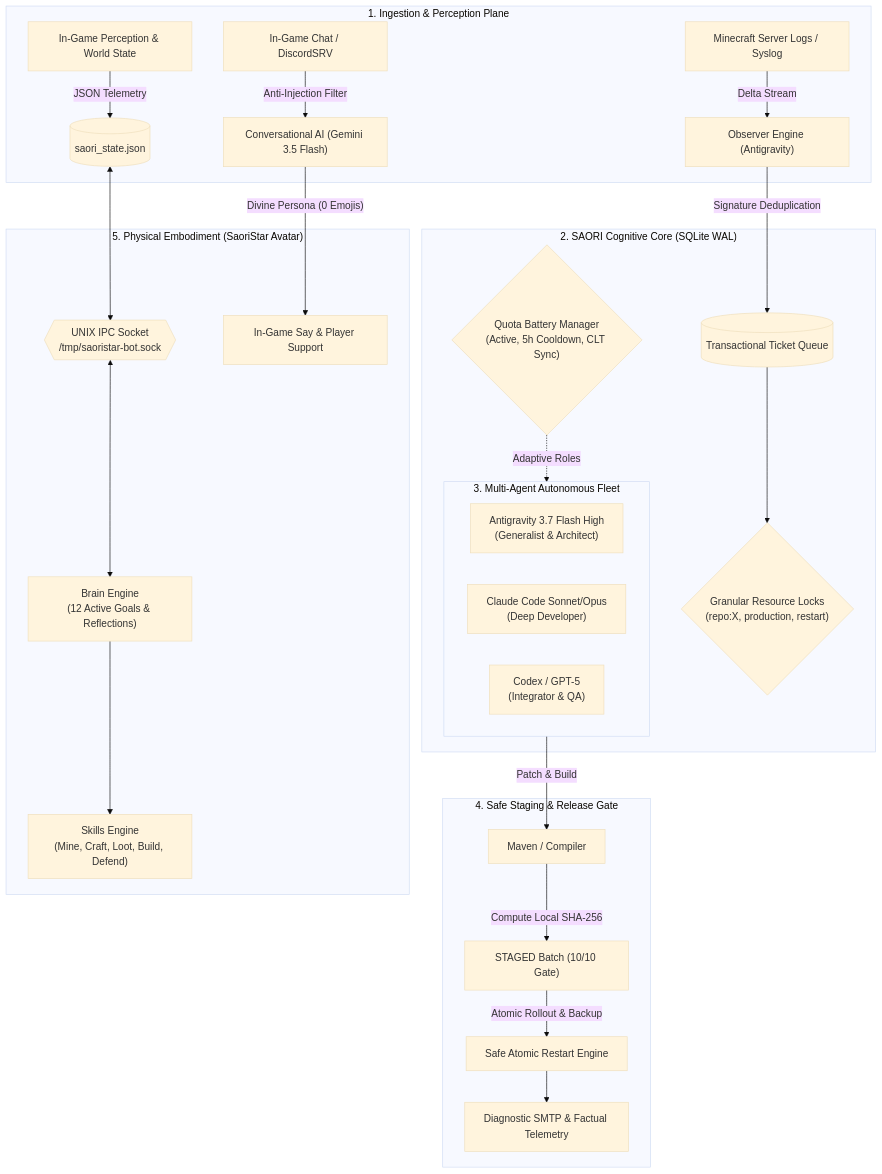
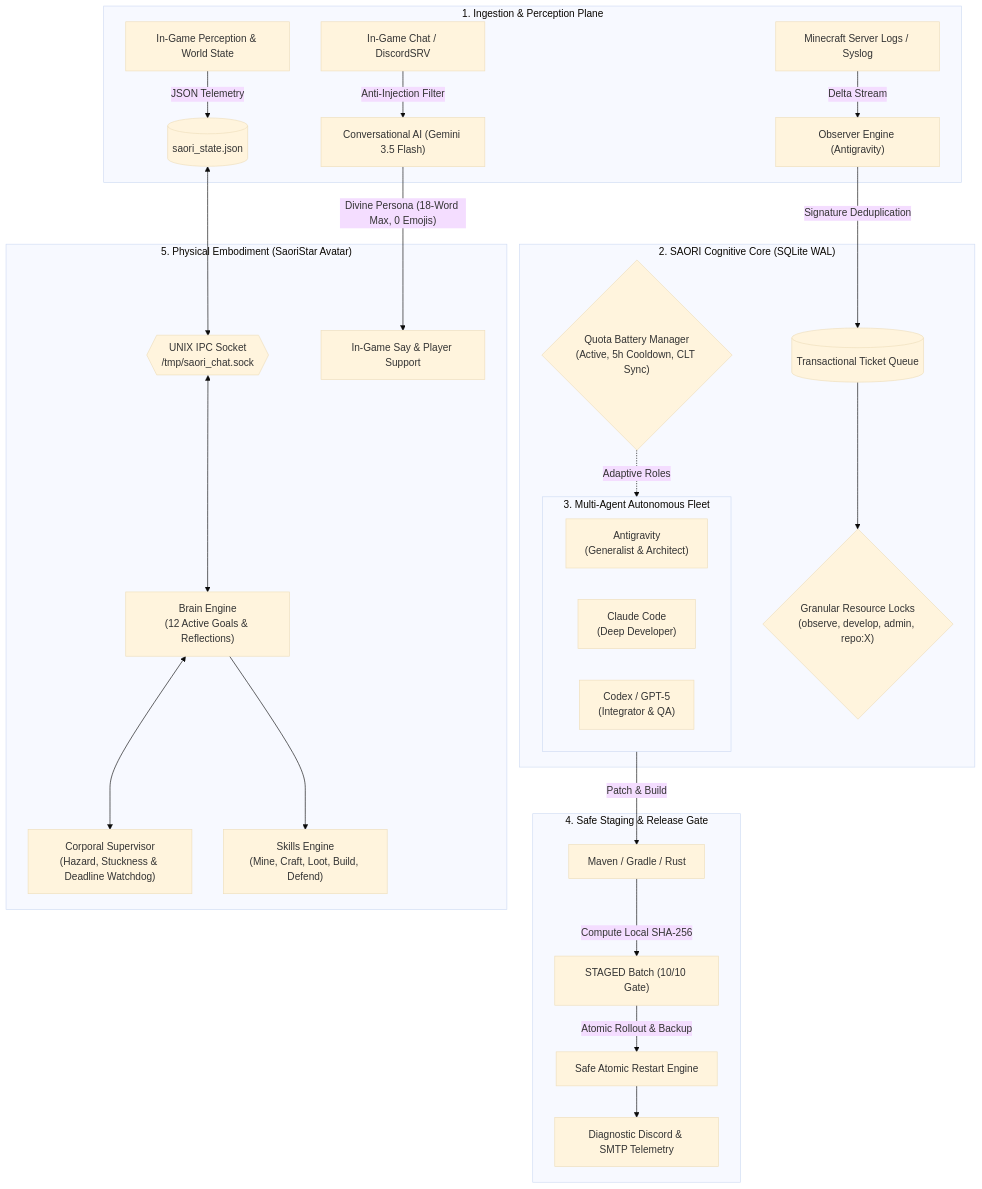
The diagram in README.md (JackStar6677-1/saori), drawn with Mermaid (base theme) before and after one commit. The commit also changed other lines of this file, not shown here.

Commit message:
docs(readme): update system architecture, corporal supervisor, UUID authority and full test suite catalog

````diff
--- a/README.md
+++ b/README.md
@@ -34,34 +38,35 @@
 ```mermaid
 flowchart TD
     subgraph PERCEPTION["1. Ingestion & Perception Plane"]
         LOGS["Minecraft Server Logs / Syslog"] -->|Delta Stream| OBS["Observer Engine (Antigravity)"]
         GAME_PERC["In-Game Perception & World State"] -->|JSON Telemetry| STATE_STORE[("saori_state.json")]
         CHAT_IN["In-Game Chat / DiscordSRV"] -->|Anti-Injection Filter| CHAT_SRV["Conversational AI (Gemini 3.5 Flash)"]
     end
 
     subgraph CORE["2. SAORI Cognitive Core (SQLite WAL)"]
         OBS -->|Signature Deduplication| QUEUE[("Transactional Ticket Queue")]
-        QUEUE --> LOCKS{"Granular Resource Locks\n(repo:X, production, restart)"}
+        QUEUE --> LOCKS{"Granular Resource Locks\n(observe, develop, admin, repo:X)"}
         BATTERY{"Quota Battery Manager\n(Active, 5h Cooldown, CLT Sync)"} -.->|Adaptive Roles| FLEET
     end
 
     subgraph FLEET["3. Multi-Agent Autonomous Fleet"]
-        AG_AGENT["Antigravity 3.7 Flash High\n(Generalist & Architect)"]
-        CL_AGENT["Claude Code Sonnet/Opus\n(Deep Developer)"]
+        AG_AGENT["Antigravity\n(Generalist & Architect)"]
+        CL_AGENT["Claude Code\n(Deep Developer)"]
         CX_AGENT["Codex / GPT-5\n(Integrator & QA)"]
     end
 
     subgraph DEPLOY["4. Safe Staging & Release Gate"]
-        FLEET -->|Patch & Build| MAVEN["Maven / Compiler"]
+        FLEET -->|Patch & Build| MAVEN["Maven / Gradle / Rust"]
         MAVEN -->|Compute Local SHA-256| STAGED["STAGED Batch (10/10 Gate)"]
         STAGED -->|Atomic Rollout & Backup| RESTART["Safe Atomic Restart Engine"]
-        RESTART --> NOTIF["Diagnostic SMTP & Factual Telemetry"]
+        RESTART --> NOTIF["Diagnostic Discord & SMTP Telemetry"]
     end
 
     subgraph AVATAR["5. Physical Embodiment (SaoriStar Avatar)"]
-        STATE_STORE <--> IPC_SOCK{{"UNIX IPC Socket\n/tmp/saoristar-bot.sock"}}
+        STATE_STORE <--> IPC_SOCK{{"UNIX IPC Socket\n/tmp/saori_chat.sock"}}
         IPC_SOCK <--> BRAIN["Brain Engine\n(12 Active Goals & Reflections)"]
+        BRAIN <--> SUPERVISOR["Corporal Supervisor\n(Hazard, Stuckness & Deadline Watchdog)"]
         BRAIN --> SKILLS["Skills Engine\n(Mine, Craft, Loot, Build, Defend)"]
-        CHAT_SRV -->|"Divine Persona (0 Emojis)"| INGAME_CHAT["In-Game Say & Player Support"]
+        CHAT_SRV -->|"Divine Persona (18-Word Max, 0 Emojis)"| INGAME_CHAT["In-Game Say & Player Support"]
     end
 ```
````
